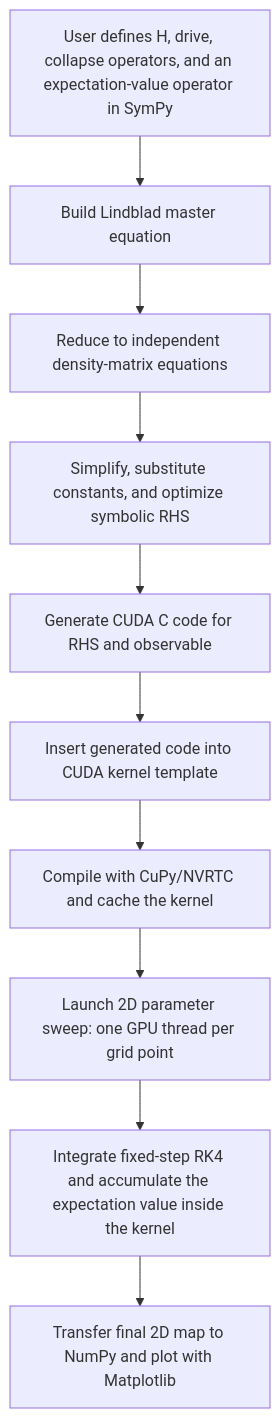
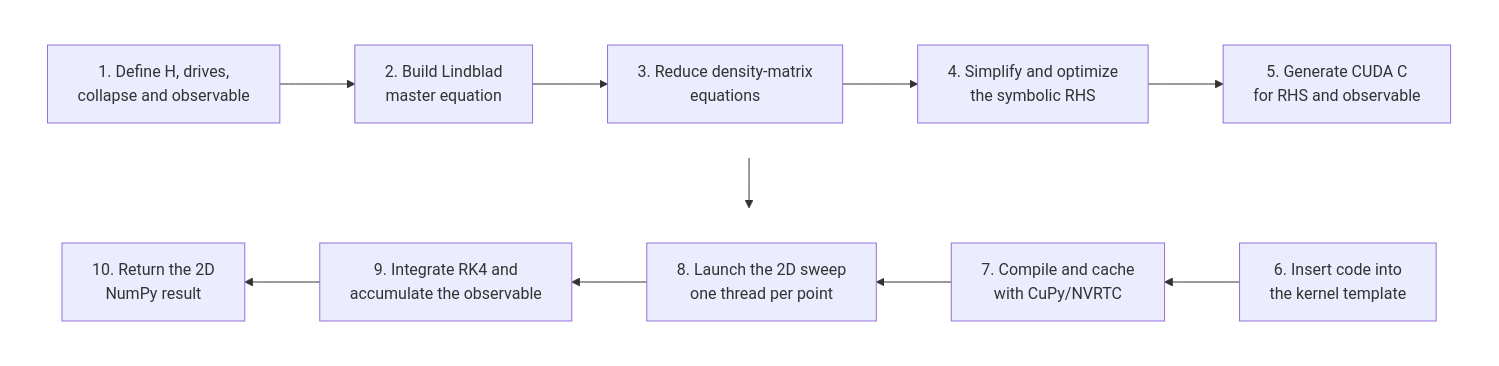
Before and after one commit to Olegiv95/Gpu-Quantum-Interferometry-Solver: the diagram in README.md, drawn with Mermaid. The commit also changed other lines of this file and 3 other files, not shown here.

````diff
--- a/README.md
+++ b/README.md
@@ -24,15 +24,26 @@
 ```mermaid
-flowchart TD
-    A[User defines H, drive, collapse operators, and an expectation-value operator in SymPy]
-    B[Build Lindblad master equation]
-    C[Reduce to independent density-matrix equations]
-    D[Simplify, substitute constants, and optimize symbolic RHS]
-    E[Generate CUDA C code for RHS and observable]
-    F[Insert generated code into CUDA kernel template]
-    G[Compile with CuPy/NVRTC and cache the kernel]
-    H[Launch 2D parameter sweep: one GPU thread per grid point]
-    I[Integrate fixed-step RK4 and accumulate the expectation value inside the kernel]
-    J[Transfer final 2D map to NumPy and plot with Matplotlib]
+flowchart TB
+    subgraph top[" "]
+        direction LR
+        A["1. Define H, drives,<br/>collapse and observable"]
+        B["2. Build Lindblad<br/>master equation"]
+        C["3. Reduce density-matrix<br/>equations"]
+        D["4. Simplify and optimize<br/>the symbolic RHS"]
+        E["5. Generate CUDA C<br/>for RHS and observable"]
+        A --> B --> C --> D --> E
+    end
 
-    A --> B --> C --> D --> E --> F --> G --> H --> I --> J
+    subgraph bottom[" "]
+        direction RL
+        F["6. Insert code into<br/>the kernel template"]
+        G["7. Compile and cache<br/>with CuPy/NVRTC"]
+        H["8. Launch the 2D sweep<br/>one thread per point"]
+        I["9. Integrate RK4 and<br/>accumulate the observable"]
+        J["10. Return the 2D<br/>NumPy result"]
+        F --> G --> H --> I --> J
+    end
+
+    top --> bottom
+    style top fill:transparent,stroke:transparent
+    style bottom fill:transparent,stroke:transparent
 ```
````
